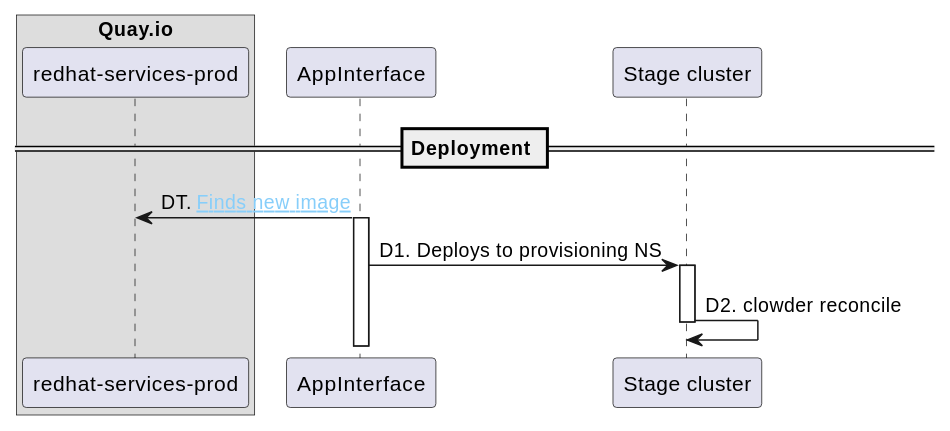
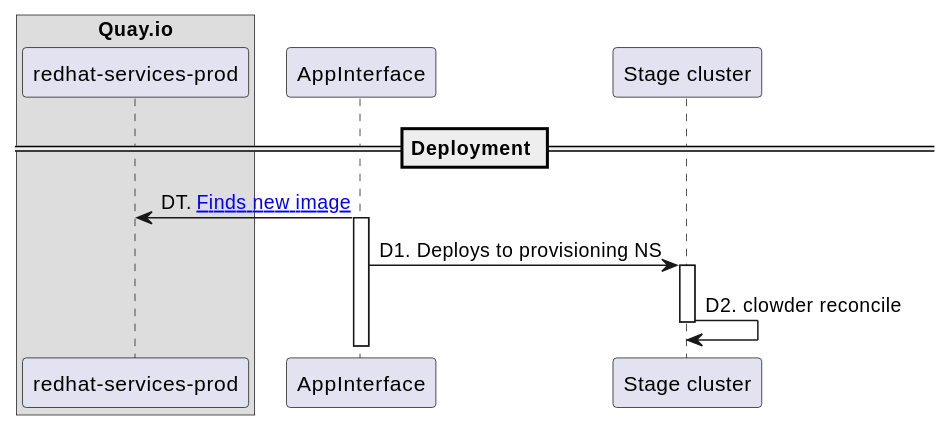
The second of 2 diagrams in docs/deploy.md (RHEnVision/provisioning-backend), drawn with PlantUML before and after one commit. The commit also changed other lines of this file and 2 other files, not shown here.

Commit message:
docs: Change puml to inscope supported format

````diff
--- a/docs/deploy.md
+++ b/docs/deploy.md
@@ -51,26 +51,19 @@
-```puml
+```plantuml
 @startuml
-<style>
-root {
-    HyperLinkColor LightSkyBlue
-}
-</style>
-
-
 box "Quay.io"
 participant "redhat-services-prod" as quaySProd
 end box
 
 participant "AppInterface" as appInterface
 participant "Stage cluster" as stage
 
 == Deployment ==
 appInterface -> quaySProd: DT. [[https://gitlab.cee.redhat.com/service/app-interface/-/blob/master/data/services/insights/provisioning/deploy.yml#L127 Finds new image]]
 activate appInterface
 appInterface -> stage: D1. Deploys to provisioning NS
 activate stage
 stage -> stage: D2. clowder reconcile
 deactivate stage
 
 @enduml
 ```
````
